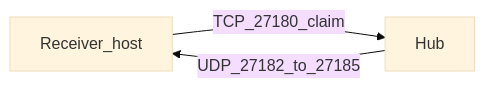
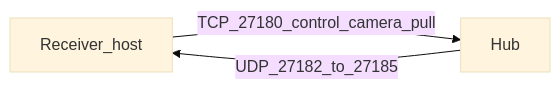
The first of 4 diagrams in README.md (wackgyver/portclaim), drawn with Mermaid (base theme) before and after one commit. The commit also changed other lines of this file and 49 other files, not shown here.

````diff
--- a/README.md
+++ b/README.md
@@ -139,7 +149,7 @@
 ```mermaid
 flowchart LR
   recv[Receiver_host]
   hub[Hub]
-  recv -->|"TCP_27180_claim"| hub
+  recv -->|"TCP_27180_control_camera_pull"| hub
   hub -->|"UDP_27182_to_27185"| recv
 ```
````
